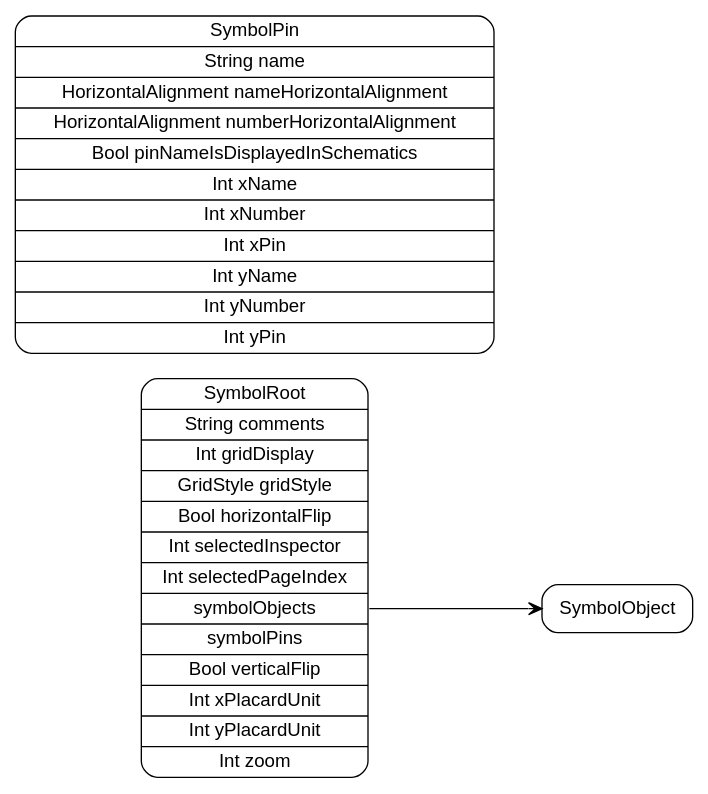
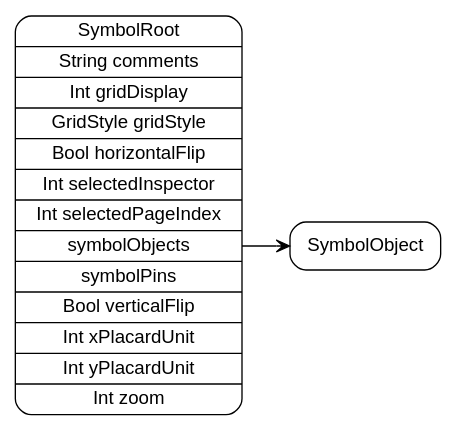
The diagram in models/SymbolRoot.dot (pierremolinaro/ElCanari-dev), drawn with Graphviz before and after one commit. The commit also changed 68 other files, not shown here.

```diff
--- a/models/SymbolRoot.dot
+++ b/models/SymbolRoot.dot
@@ -1,8 +1,7 @@
 digraph G {
   rankdir=LR ;
   node [shape=record fontname=helvetica style=rounded] ;
   SymbolRoot[label="<SymbolRoot>SymbolRoot|String comments|Int gridDisplay|GridStyle gridStyle|Bool horizontalFlip|Int selectedInspector|Int selectedPageIndex|<symbolObjects>symbolObjects|<symbolPins>symbolPins|Bool verticalFlip|Int xPlacardUnit|Int yPlacardUnit|Int zoom"] ;
-  SymbolPin[label="<SymbolPin>SymbolPin|String name|HorizontalAlignment nameHorizontalAlignment|HorizontalAlignment numberHorizontalAlignment|Bool pinNameIsDisplayedInSchematics|Int xName|Int xNumber|Int xPin|Int yName|Int yNumber|Int yPin"] ;
   SymbolObject[label="<SymbolObject>SymbolObject"] ;
   SymbolRoot:symbolObjects -> SymbolObject:SymbolObject [dir=both arrowtail=none arrowhead=vee] ;
 }
```
